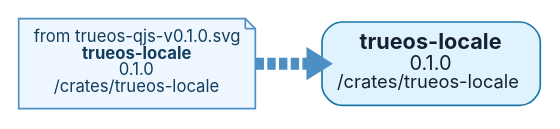
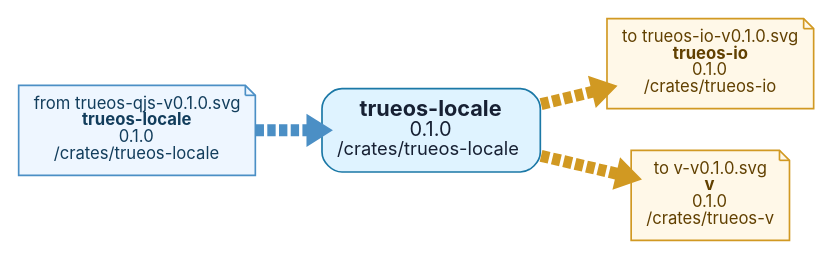
One commit to t4ce/TRUEOS changed the diagram in tools/docs/depgraph/by-root/trueos-locale-v0.1.0.dot. Above: the diagram before and after it, drawn with Graphviz. The commit also changed 81 other files, not shown here.

```diff
--- a/tools/docs/depgraph/by-root/trueos-locale-v0.1.0.dot
+++ b/tools/docs/depgraph/by-root/trueos-locale-v0.1.0.dot
@@ -1,11 +1,15 @@
 digraph "trueos-locale-v0.1.0" {
   graph [rankdir=LR, bgcolor="white", overlap=false, splines=true, nodesep=0.35, ranksep=0.55];
   node [shape=box, style="rounded,filled", fontname="Inter,Arial", fontsize=10, margin="0.13,0.10", color="#8b9bb0", fillcolor="#f7f9fb", fontcolor="#172033"];
   edge [color="#9aa8b8", arrowsize=0.55, penwidth=7.2];
   n0 [label=<<FONT POINT-SIZE="13"><B>trueos-locale</B></FONT><BR/><FONT POINT-SIZE="12">0.1.0</FONT><BR/><FONT POINT-SIZE="11">/crates/trueos-locale</FONT>>, fillcolor="#dff3ff", color="#1b78a6"];
-  in0 [label=<from trueos-qjs-v0.1.0.svg<BR/><B>trueos-locale</B><BR/>0.1.0<BR/>/crates/trueos-locale>, shape=note, style="filled", fillcolor="#eef6ff", color="#4b8fc5", fontcolor="#123d5c"];
-  in0 -> n0 [style=dashed, color="#4b8fc5"];
+  out0 [label=<to trueos-io-v0.1.0.svg<BR/><B>trueos-io</B><BR/>0.1.0<BR/>/crates/trueos-io>, shape=note, style="filled", fillcolor="#fff8e8", color="#d19922", fontcolor="#614000"];
+  n0 -> out0 [style=dashed, color="#d19922"];
+  out1 [label=<to v-v0.1.0.svg<BR/><B>v</B><BR/>0.1.0<BR/>/crates/trueos-v>, shape=note, style="filled", fillcolor="#fff8e8", color="#d19922", fontcolor="#614000"];
+  n0 -> out1 [style=dashed, color="#d19922"];
+  in2 [label=<from trueos-qjs-v0.1.0.svg<BR/><B>trueos-locale</B><BR/>0.1.0<BR/>/crates/trueos-locale>, shape=note, style="filled", fillcolor="#eef6ff", color="#4b8fc5", fontcolor="#123d5c"];
+  in2 -> n0 [style=dashed, color="#4b8fc5"];
   // collapsed leaf ends: 0
   // centered two-input leaves: 0
   // nested two-input leaves: 0
 }
```
